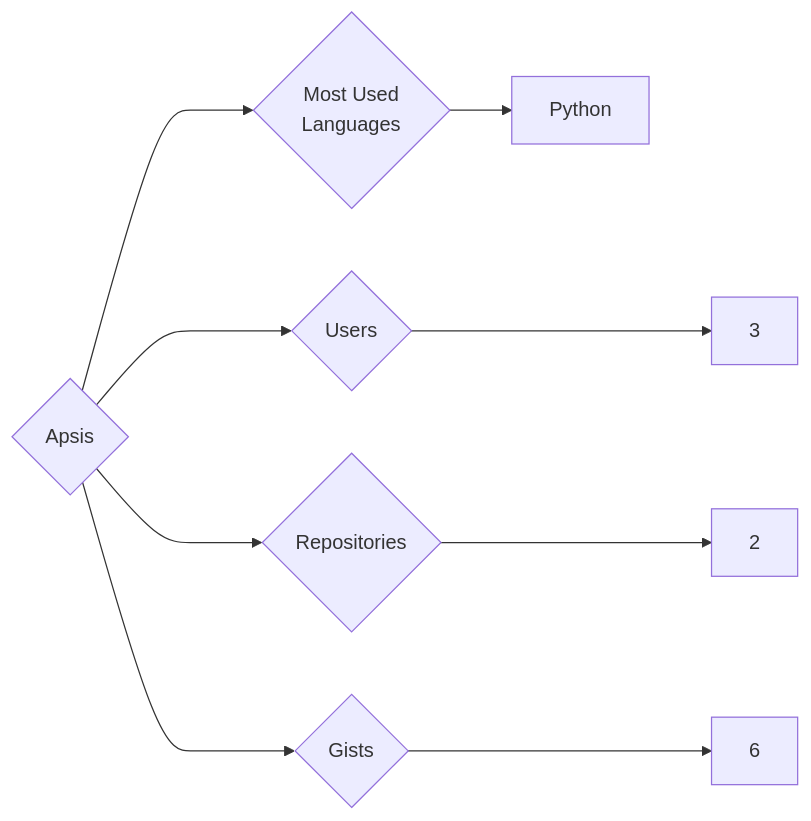
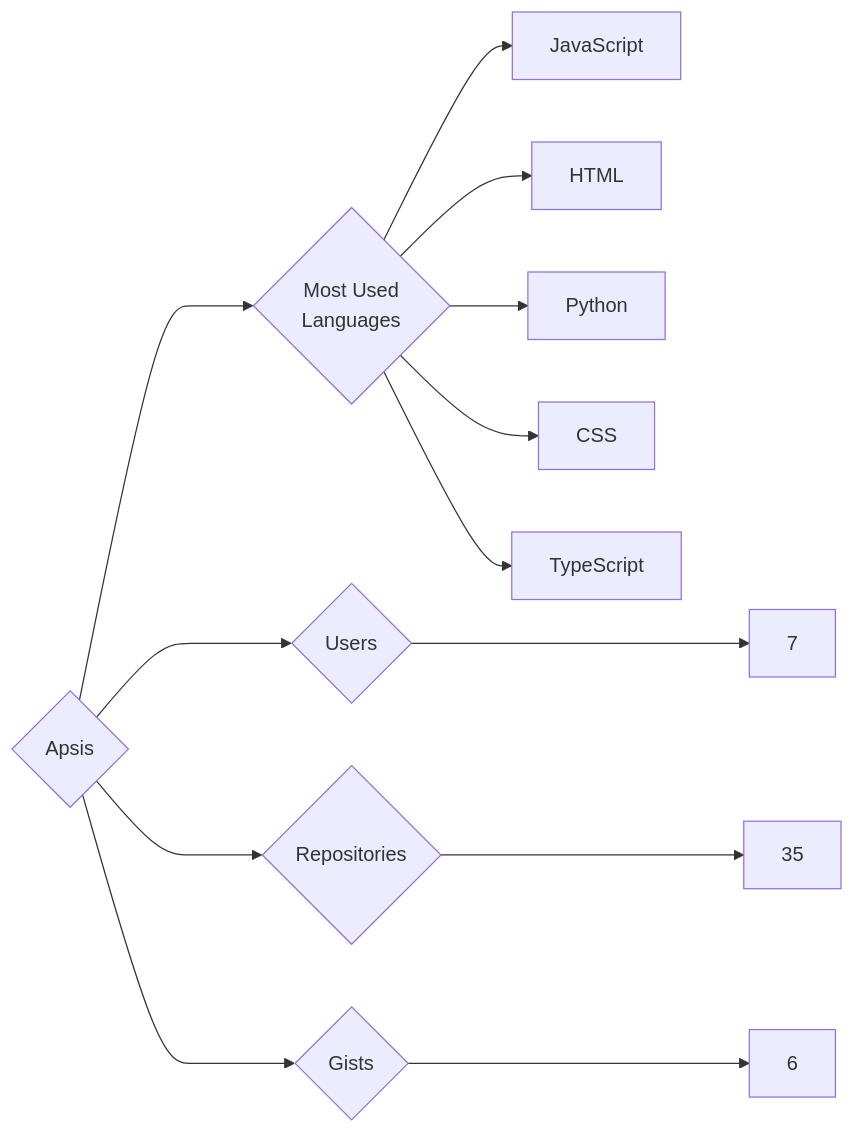
The diagram in targets/Apsis/README.md (trickest/insiders), drawn with Mermaid before and after one commit. The commit also changed 681 other files, not shown here.

````diff
--- a/targets/Apsis/README.md
+++ b/targets/Apsis/README.md
@@ -3,9 +3,13 @@
 ```mermaid
 graph LR
 COMPANY_NAME{Apsis}
-COMPANY_NAME ---> U{Users} ---> UN[3]
-COMPANY_NAME ---> R{Repositories} ---> RN[2]
+COMPANY_NAME ---> U{Users} ---> UN[7]
+COMPANY_NAME ---> R{Repositories} ---> RN[35]
 COMPANY_NAME ---> G{Gists} ---> GN[6]
 COMPANY_NAME ---> ML{Most Used<br>Languages}
+ML --> JavaScript[JavaScript]
+ML --> HTML[HTML]
 ML --> Python[Python]
+ML --> CSS[CSS]
+ML --> TypeScript[TypeScript]
 ```
````
